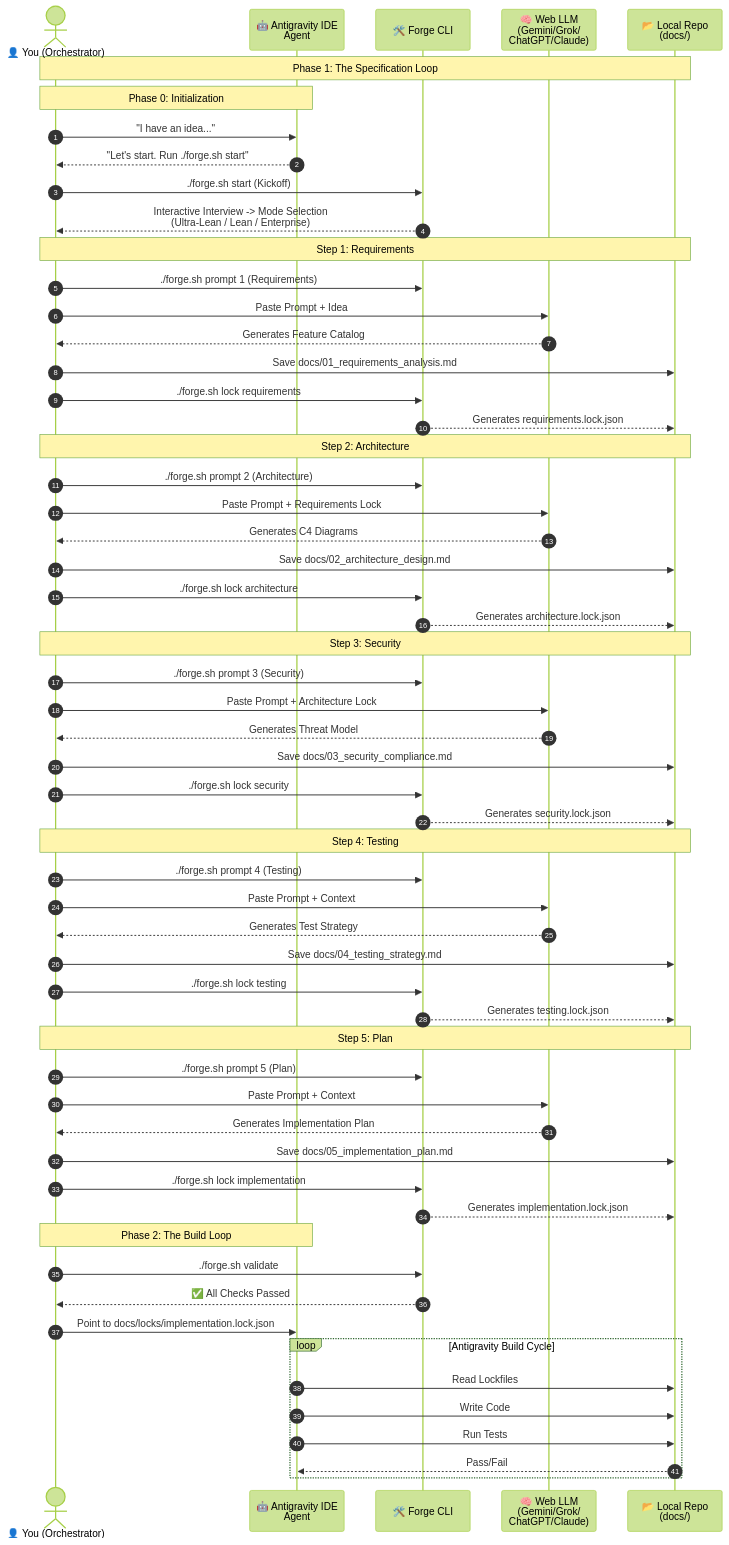
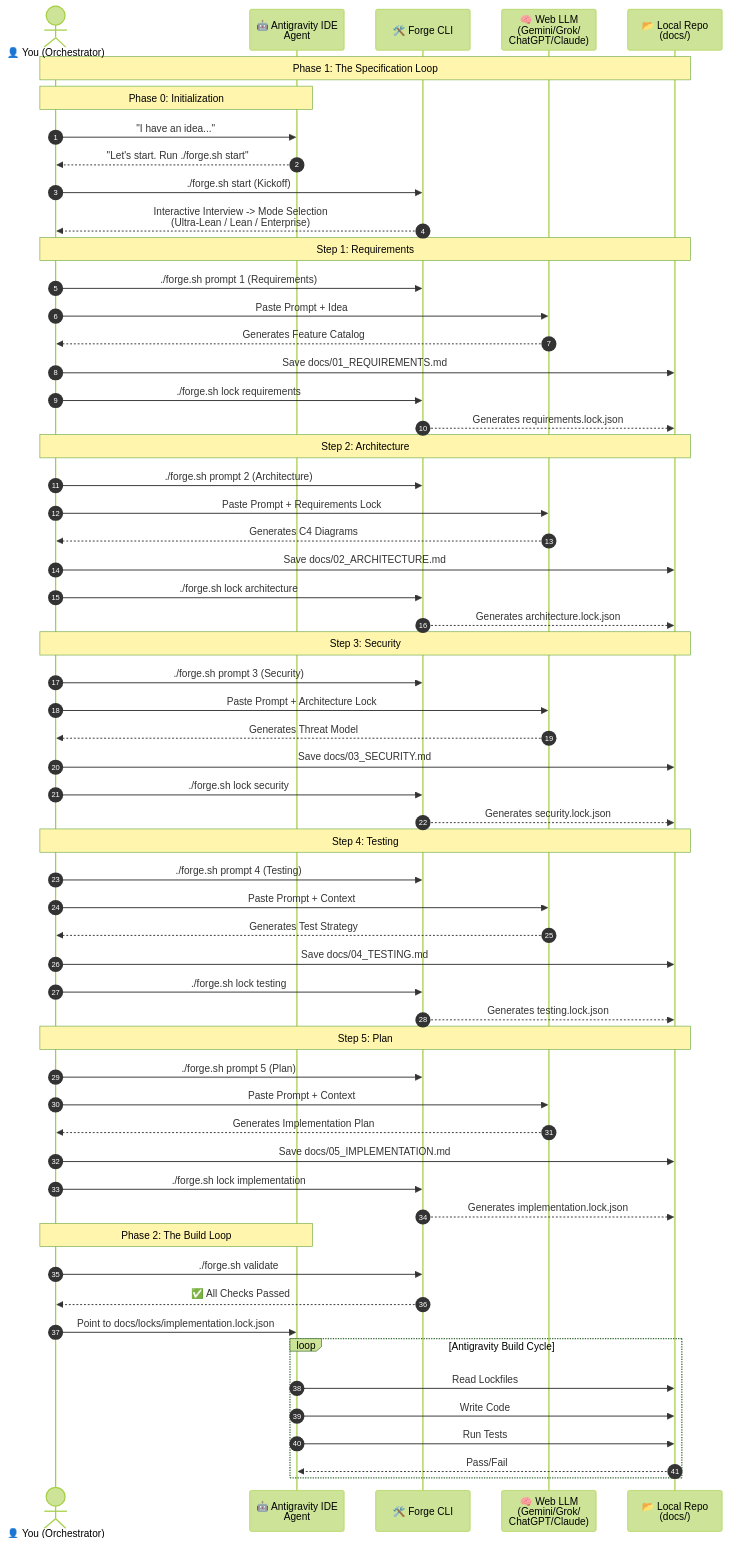
One commit to richfrem/quantum-diamond-forge changed the third of 3 diagrams in GUIDE.md. Above: the diagram before and after it, drawn with Mermaid (forest theme). The commit also changed other lines of this file, not shown here.

Commit message:
Update GUIDE.md with latest workflow details

````diff
--- a/GUIDE.md
+++ b/GUIDE.md
@@ -144,72 +144,72 @@
 ```mermaid
 sequenceDiagram
     autonumber
     actor User as 👤 You (Orchestrator)
     participant Agent as 🤖 Antigravity IDE<BR> Agent
     participant CLI as 🛠️ Forge CLI
     participant WebAI as 🧠 Web LLM<BR>(Gemini/Grok/<BR>ChatGPT/Claude)
     participant Repo as 📂 Local Repo<BR>(docs/)
 
     Note over User, Repo: Phase 1: The Specification Loop
     
     Note over User, Agent: Phase 0: Initialization
     
     User->>Agent: "I have an idea..."
     Agent-->>User: "Let's start. Run ./forge.sh start"
     
     User->>CLI: ./forge.sh start (Kickoff)
     CLI-->>User: Interactive Interview -> Mode Selection<br/>(Ultra-Lean / Lean / Enterprise)
     
     Note over User, Repo: Step 1: Requirements
     User->>CLI: ./forge.sh prompt 1 (Requirements)
     User->>WebAI: Paste Prompt + Idea
     WebAI-->>User: Generates Feature Catalog
-    User->>Repo: Save docs/01_requirements_analysis.md
+    User->>Repo: Save docs/01_REQUIREMENTS.md
     User->>CLI: ./forge.sh lock requirements
     CLI-->>Repo: Generates requirements.lock.json
     
     Note over User, Repo: Step 2: Architecture
     User->>CLI: ./forge.sh prompt 2 (Architecture)
     User->>WebAI: Paste Prompt + Requirements Lock
     WebAI-->>User: Generates C4 Diagrams
-    User->>Repo: Save docs/02_architecture_design.md
+    User->>Repo: Save docs/02_ARCHITECTURE.md
     User->>CLI: ./forge.sh lock architecture
     CLI-->>Repo: Generates architecture.lock.json
     
     Note over User, Repo: Step 3: Security
     User->>CLI: ./forge.sh prompt 3 (Security)
     User->>WebAI: Paste Prompt + Architecture Lock
     WebAI-->>User: Generates Threat Model
-    User->>Repo: Save docs/03_security_compliance.md
+    User->>Repo: Save docs/03_SECURITY.md
     User->>CLI: ./forge.sh lock security
     CLI-->>Repo: Generates security.lock.json
     
     Note over User, Repo: Step 4: Testing
     User->>CLI: ./forge.sh prompt 4 (Testing)
     User->>WebAI: Paste Prompt + Context
     WebAI-->>User: Generates Test Strategy
-    User->>Repo: Save docs/04_testing_strategy.md
+    User->>Repo: Save docs/04_TESTING.md
     User->>CLI: ./forge.sh lock testing
     CLI-->>Repo: Generates testing.lock.json
     
     Note over User, Repo: Step 5: Plan
     User->>CLI: ./forge.sh prompt 5 (Plan)
     User->>WebAI: Paste Prompt + Context
     WebAI-->>User: Generates Implementation Plan
-    User->>Repo: Save docs/05_implementation_plan.md
+    User->>Repo: Save docs/05_IMPLEMENTATION.md
     User->>CLI: ./forge.sh lock implementation
     CLI-->>Repo: Generates implementation.lock.json
     
     Note over User, Agent: Phase 2: The Build Loop
     
     User->>CLI: ./forge.sh validate
     CLI-->>User: ✅ All Checks Passed
     
     User->>Agent: Point to docs/locks/implementation.lock.json
     loop Antigravity Build Cycle
         Agent->>Repo: Read Lockfiles
         Agent->>Repo: Write Code
         Agent->>Repo: Run Tests
         Repo-->>Agent: Pass/Fail
     end
 ```
````
